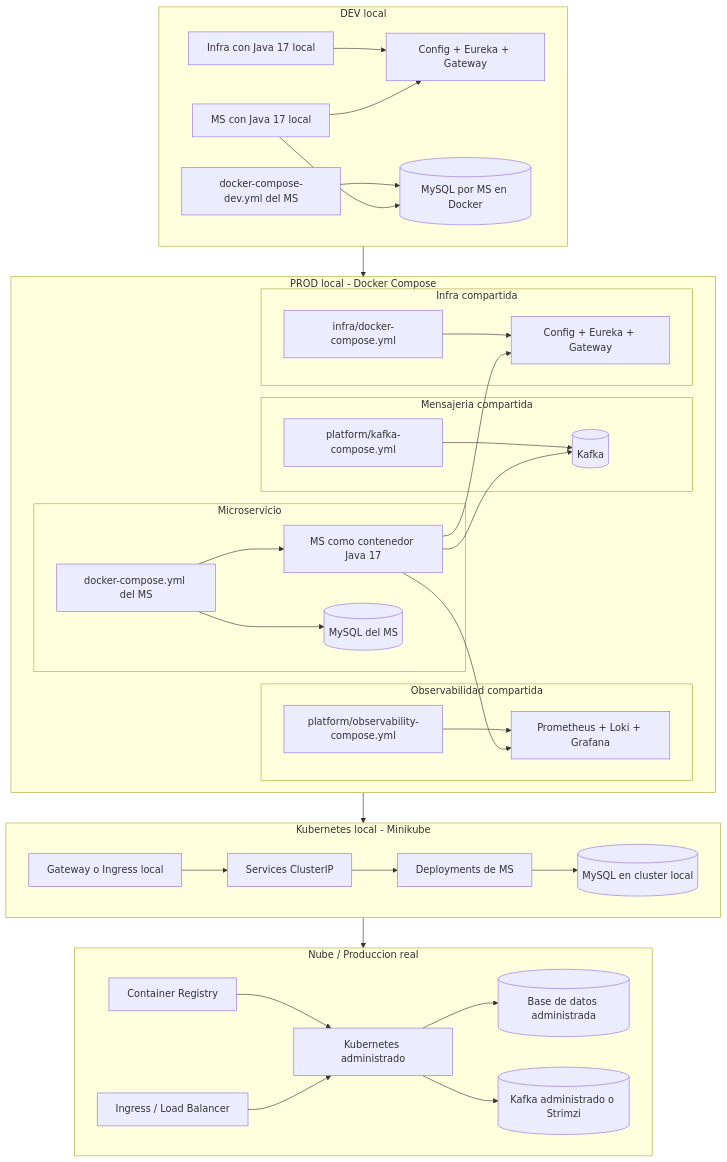
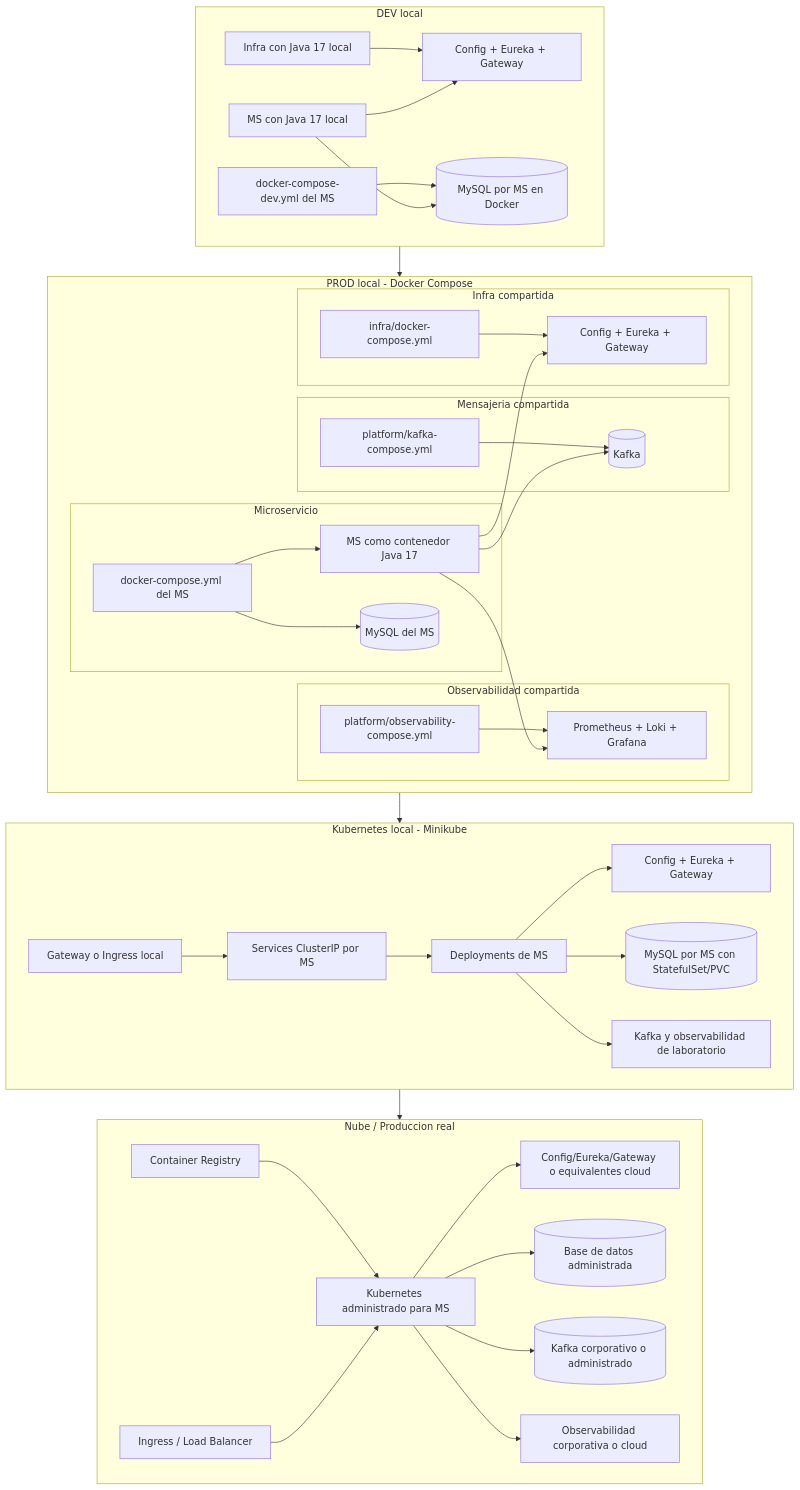
Before and after one commit to 262dist/pagatu: the tenth of 10 diagrams in README.md, drawn with Mermaid. The commit also changed other lines of this file and 2 other files, not shown here.

````diff
--- a/README.md
+++ b/README.md
@@ -533,70 +533,78 @@
 ```mermaid
 flowchart TB
     subgraph dev[DEV local]
         devjava[MS con Java 17 local]
         devinfra[Infra con Java 17 local]
         devmscompose[docker-compose-dev.yml del MS]
         devshared[Config + Eureka + Gateway]
         devmysql[(MySQL por MS en Docker)]
         devinfra --> devshared
         devmscompose --> devmysql
         devjava --> devshared
         devjava --> devmysql
     end
 
     subgraph compose[PROD local - Docker Compose]
         subgraph composeinfraBox[Infra compartida]
             infracompose[infra/docker-compose.yml]
             composeinfra[Config + Eureka + Gateway]
             infracompose --> composeinfra
         end
 
         subgraph messagingBox[Mensajeria compartida]
             kafkacompose[platform/kafka-compose.yml]
             composekafka[(Kafka)]
             kafkacompose --> composekafka
         end
 
         subgraph observabilityBox[Observabilidad compartida]
             obscompose[platform/observability-compose.yml]
             obsstack[Prometheus + Loki + Grafana]
             obscompose --> obsstack
         end
 
         subgraph composemsBox[Microservicio]
             mscompose[docker-compose.yml del MS]
             composems[MS como contenedor Java 17]
             composedb[(MySQL del MS)]
             mscompose --> composems
             mscompose --> composedb
         end
 
         composems --> composeinfra
         composems --> composekafka
         composems --> obsstack
     end
 
     subgraph k8slocal[Kubernetes local - Minikube]
+        k8sinfra[Config + Eureka + Gateway]
         k8sdeploy[Deployments de MS]
-        k8ssvc[Services ClusterIP]
-        k8sdb[(MySQL en cluster local)]
+        k8ssvc[Services ClusterIP por MS]
+        k8sdb[(MySQL por MS con StatefulSet/PVC)]
+        k8splatform[Kafka y observabilidad de laboratorio]
         k8sing[Gateway o Ingress local]
         k8sing --> k8ssvc
         k8ssvc --> k8sdeploy
+        k8sdeploy --> k8sinfra
         k8sdeploy --> k8sdb
+        k8sdeploy --> k8splatform
     end
 
     subgraph cloud[Nube / Produccion real]
-        cloudk8s[Kubernetes administrado]
+        cloudk8s[Kubernetes administrado para MS]
         registry[Container Registry]
         manageddb[(Base de datos administrada)]
-        managedkafka[(Kafka administrado o Strimzi)]
+        managedkafka[(Kafka corporativo o administrado)]
+        managedobs[Observabilidad corporativa o cloud]
+        cloudinfra[Config/Eureka/Gateway o equivalentes cloud]
         ingress[Ingress / Load Balancer]
         registry --> cloudk8s
         ingress --> cloudk8s
+        cloudk8s --> cloudinfra
         cloudk8s --> manageddb
         cloudk8s --> managedkafka
+        cloudk8s --> managedobs
     end
 
     dev --> compose --> k8slocal --> cloud
 ```
````
